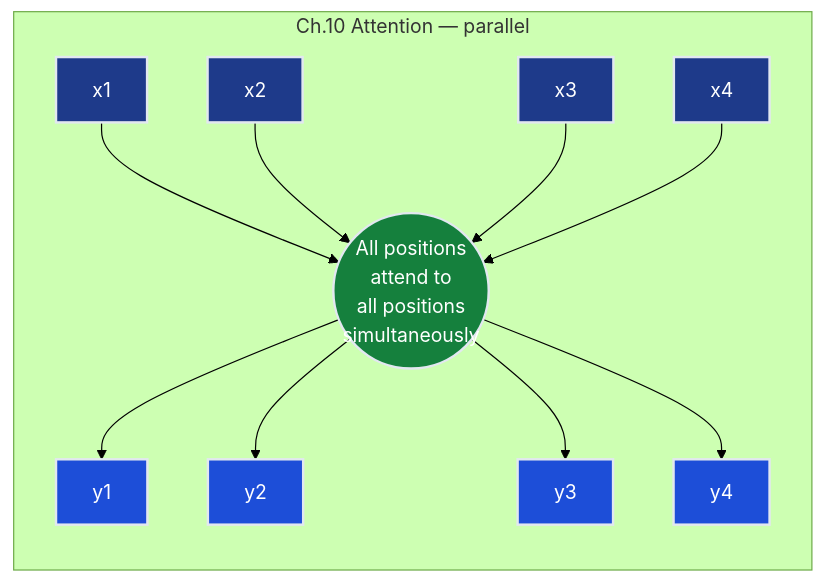
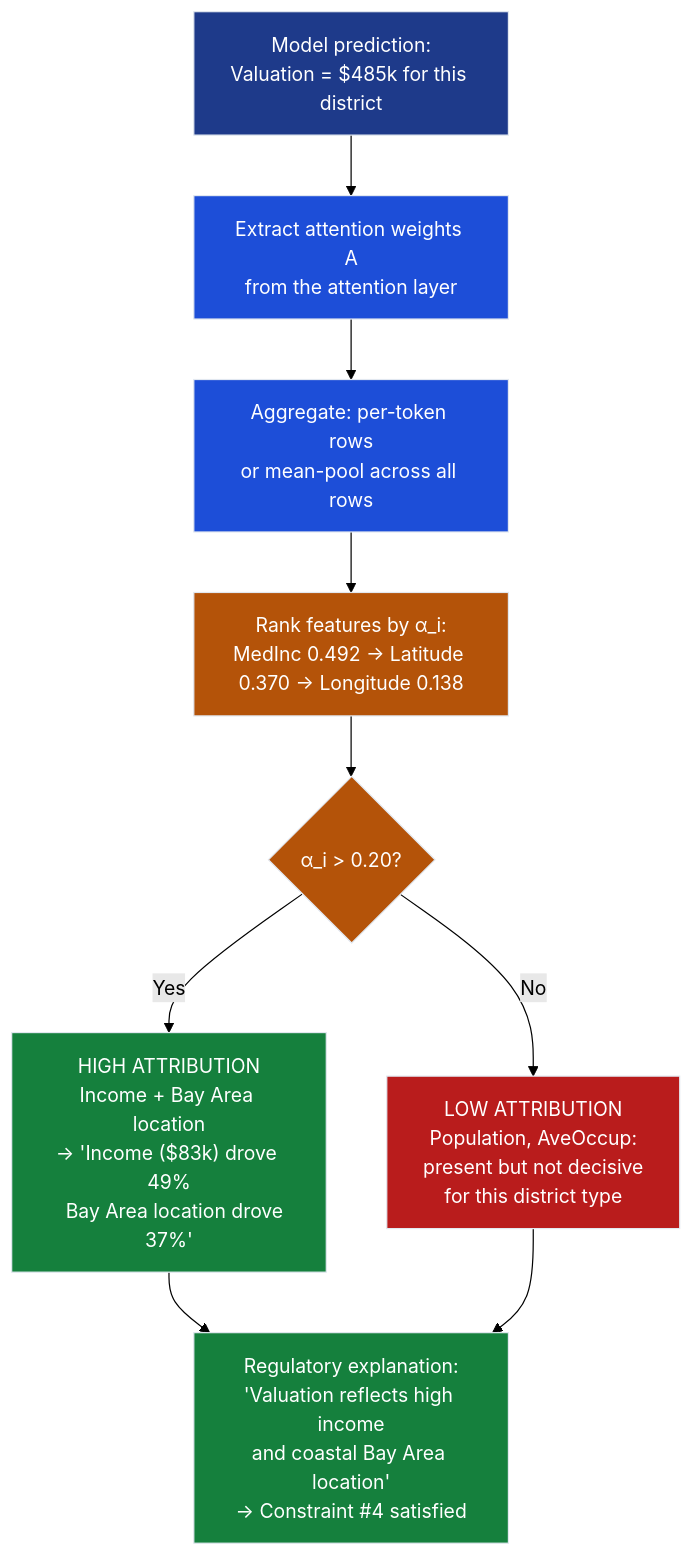
One commit to deepakshamsft/ai-portfolio changed the second of 4 diagrams in notes/01-ml/03_neural_networks/ch09_sequences_to_attention/README.md. Above: the diagram before and after it, drawn with Mermaid (forest theme). The commit also changed other lines of this file and 727 other files, not shown here.

````diff
--- a/notes/01-ml/03_neural_networks/ch09_sequences_to_attention/README.md
+++ b/notes/01-ml/03_neural_networks/ch09_sequences_to_attention/README.md
@@ -238,23 +510,26 @@
 ```mermaid
-flowchart LR
-    subgraph ATT["Ch.10 Attention — parallel"]
-        A1["x1"] --> ALL((All positions<br/>attend to<br/>all positions<br/>simultaneously))
-        A2["x2"] --> ALL
-        A3["x3"] --> ALL
-        A4["x4"] --> ALL
-        ALL --> O1["y1"]
-        ALL --> O2["y2"]
-        ALL --> O3["y3"]
-        ALL --> O4["y4"]
-    end
-    
-    style A1 fill:#1e3a8a,stroke:#e2e8f0,stroke-width:2px,color:#ffffff
-    style A2 fill:#1e3a8a,stroke:#e2e8f0,stroke-width:2px,color:#ffffff
-    style A3 fill:#1e3a8a,stroke:#e2e8f0,stroke-width:2px,color:#ffffff
-    style A4 fill:#1e3a8a,stroke:#e2e8f0,stroke-width:2px,color:#ffffff
-    style ALL fill:#15803d,stroke:#e2e8f0,stroke-width:2px,color:#ffffff
-    style O1 fill:#1d4ed8,stroke:#e2e8f0,stroke-width:2px,color:#ffffff
-    style O2 fill:#1d4ed8,stroke:#e2e8f0,stroke-width:2px,color:#ffffff
-    style O3 fill:#1d4ed8,stroke:#e2e8f0,stroke-width:2px,color:#ffffff
-    style O4 fill:#1d4ed8,stroke:#e2e8f0,stroke-width:2px,color:#ffffff
+flowchart TD
+    PRED["Model prediction:\nValuation = $485k for this district"]
+    ATTN["Extract attention weights A\nfrom the attention layer"]
+    ROW["Aggregate: per-token rows\nor mean-pool across all rows"]
+    TOP["Rank features by α_i:\nMedInc 0.492 → Latitude 0.370 → Longitude 0.138"]
+    CHECK{"α_i > 0.20?"}
+    HIGH["HIGH ATTRIBUTION\nIncome + Bay Area location\n→ 'Income ($83k) drove 49%\n   Bay Area location drove 37%'"]
+    LOW["LOW ATTRIBUTION\nPopulation, AveOccup:\npresent but not decisive\nfor this district type"]
+    REPORT["Regulatory explanation:\n'Valuation reflects high income\nand coastal Bay Area location'\n→ Constraint #4 satisfied"]
+
+    PRED --> ATTN --> ROW --> TOP --> CHECK
+    CHECK -->|Yes| HIGH
+    CHECK -->|No| LOW
+    HIGH --> REPORT
+    LOW --> REPORT
+
+    style PRED fill:#1e3a8a,stroke:#e2e8f0,color:#ffffff
+    style ATTN fill:#1d4ed8,stroke:#e2e8f0,color:#ffffff
+    style ROW fill:#1d4ed8,stroke:#e2e8f0,color:#ffffff
+    style TOP fill:#b45309,stroke:#e2e8f0,color:#ffffff
+    style CHECK fill:#b45309,stroke:#e2e8f0,color:#ffffff
+    style HIGH fill:#15803d,stroke:#e2e8f0,color:#ffffff
+    style LOW fill:#b91c1c,stroke:#e2e8f0,color:#ffffff
+    style REPORT fill:#15803d,stroke:#e2e8f0,color:#ffffff
 ```
````
